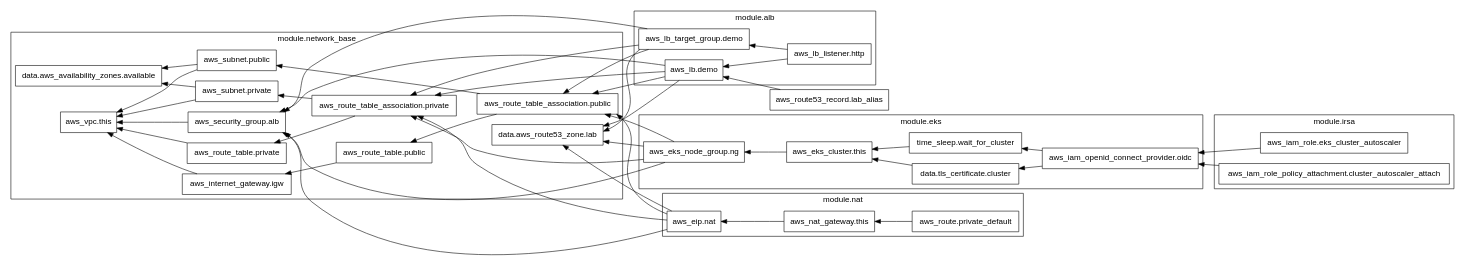
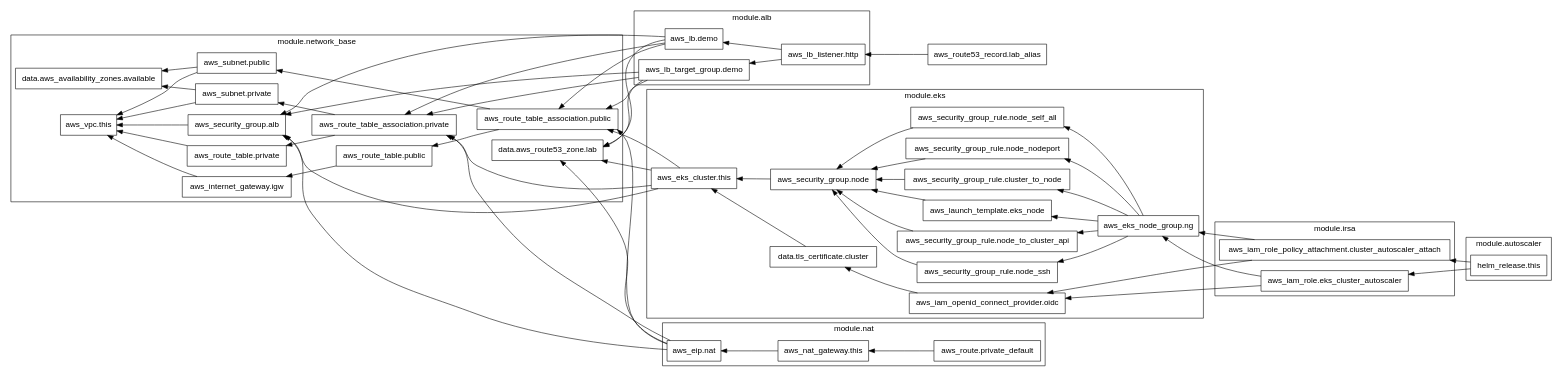
Before and after one commit to RendaZhang/renda-cloud-lab: the diagram in diagrams/terraform-architecture.dot, drawn with Graphviz. The commit also changed 2 other files, not shown here.

Commit message:
Update infrastructure diagrams

```diff
--- a/diagrams/terraform-architecture.dot
+++ b/diagrams/terraform-architecture.dot
@@ -1,89 +1,114 @@
 digraph G {
   rankdir = "RL";
   node [shape = rect, fontname = "sans-serif"];
   "aws_route53_record.lab_alias" [label="aws_route53_record.lab_alias"];
   subgraph "cluster_module.alb" {
     label = "module.alb"
     fontname = "sans-serif"
     "module.alb.aws_lb.demo" [label="aws_lb.demo"];
     "module.alb.aws_lb_listener.http" [label="aws_lb_listener.http"];
     "module.alb.aws_lb_target_group.demo" [label="aws_lb_target_group.demo"];
   }
+  subgraph "cluster_module.autoscaler" {
+    label = "module.autoscaler"
+    fontname = "sans-serif"
+    "module.autoscaler.helm_release.this" [label="helm_release.this"];
+  }
   subgraph "cluster_module.eks" {
     label = "module.eks"
     fontname = "sans-serif"
     "module.eks.data.tls_certificate.cluster" [label="data.tls_certificate.cluster"];
     "module.eks.aws_eks_cluster.this" [label="aws_eks_cluster.this"];
     "module.eks.aws_eks_node_group.ng" [label="aws_eks_node_group.ng"];
     "module.eks.aws_iam_openid_connect_provider.oidc" [label="aws_iam_openid_connect_provider.oidc"];
-    "module.eks.time_sleep.wait_for_cluster" [label="time_sleep.wait_for_cluster"];
+    "module.eks.aws_launch_template.eks_node" [label="aws_launch_template.eks_node"];
+    "module.eks.aws_security_group.node" [label="aws_security_group.node"];
+    "module.eks.aws_security_group_rule.cluster_to_node" [label="aws_security_group_rule.cluster_to_node"];
+    "module.eks.aws_security_group_rule.node_nodeport" [label="aws_security_group_rule.node_nodeport"];
+    "module.eks.aws_security_group_rule.node_self_all" [label="aws_security_group_rule.node_self_all"];
+    "module.eks.aws_security_group_rule.node_ssh" [label="aws_security_group_rule.node_ssh"];
+    "module.eks.aws_security_group_rule.node_to_cluster_api" [label="aws_security_group_rule.node_to_cluster_api"];
   }
   subgraph "cluster_module.irsa" {
     label = "module.irsa"
     fontname = "sans-serif"
     "module.irsa.aws_iam_role.eks_cluster_autoscaler" [label="aws_iam_role.eks_cluster_autoscaler"];
     "module.irsa.aws_iam_role_policy_attachment.cluster_autoscaler_attach" [label="aws_iam_role_policy_attachment.cluster_autoscaler_attach"];
   }
   subgraph "cluster_module.nat" {
     label = "module.nat"
     fontname = "sans-serif"
     "module.nat.aws_eip.nat" [label="aws_eip.nat"];
     "module.nat.aws_nat_gateway.this" [label="aws_nat_gateway.this"];
     "module.nat.aws_route.private_default" [label="aws_route.private_default"];
   }
   subgraph "cluster_module.network_base" {
     label = "module.network_base"
     fontname = "sans-serif"
     "module.network_base.data.aws_availability_zones.available" [label="data.aws_availability_zones.available"];
     "module.network_base.data.aws_route53_zone.lab" [label="data.aws_route53_zone.lab"];
     "module.network_base.aws_internet_gateway.igw" [label="aws_internet_gateway.igw"];
     "module.network_base.aws_route_table.private" [label="aws_route_table.private"];
     "module.network_base.aws_route_table.public" [label="aws_route_table.public"];
     "module.network_base.aws_route_table_association.private" [label="aws_route_table_association.private"];
     "module.network_base.aws_route_table_association.public" [label="aws_route_table_association.public"];
     "module.network_base.aws_security_group.alb" [label="aws_security_group.alb"];
     "module.network_base.aws_subnet.private" [label="aws_subnet.private"];
     "module.network_base.aws_subnet.public" [label="aws_subnet.public"];
     "module.network_base.aws_vpc.this" [label="aws_vpc.this"];
   }
-  "aws_route53_record.lab_alias" -> "module.alb.aws_lb.demo";
+  "aws_route53_record.lab_alias" -> "module.alb.aws_lb_listener.http";
   "module.alb.aws_lb.demo" -> "module.network_base.data.aws_route53_zone.lab";
   "module.alb.aws_lb.demo" -> "module.network_base.aws_route_table_association.private";
   "module.alb.aws_lb.demo" -> "module.network_base.aws_route_table_association.public";
   "module.alb.aws_lb.demo" -> "module.network_base.aws_security_group.alb";
   "module.alb.aws_lb_listener.http" -> "module.alb.aws_lb.demo";
   "module.alb.aws_lb_listener.http" -> "module.alb.aws_lb_target_group.demo";
   "module.alb.aws_lb_target_group.demo" -> "module.network_base.data.aws_route53_zone.lab";
   "module.alb.aws_lb_target_group.demo" -> "module.network_base.aws_route_table_association.private";
   "module.alb.aws_lb_target_group.demo" -> "module.network_base.aws_route_table_association.public";
   "module.alb.aws_lb_target_group.demo" -> "module.network_base.aws_security_group.alb";
+  "module.autoscaler.helm_release.this" -> "module.irsa.aws_iam_role.eks_cluster_autoscaler";
+  "module.autoscaler.helm_release.this" -> "module.irsa.aws_iam_role_policy_attachment.cluster_autoscaler_attach";
   "module.eks.data.tls_certificate.cluster" -> "module.eks.aws_eks_cluster.this";
-  "module.eks.aws_eks_cluster.this" -> "module.eks.aws_eks_node_group.ng";
-  "module.eks.aws_eks_node_group.ng" -> "module.network_base.data.aws_route53_zone.lab";
-  "module.eks.aws_eks_node_group.ng" -> "module.network_base.aws_route_table_association.private";
-  "module.eks.aws_eks_node_group.ng" -> "module.network_base.aws_route_table_association.public";
-  "module.eks.aws_eks_node_group.ng" -> "module.network_base.aws_security_group.alb";
+  "module.eks.aws_eks_cluster.this" -> "module.network_base.data.aws_route53_zone.lab";
+  "module.eks.aws_eks_cluster.this" -> "module.network_base.aws_route_table_association.private";
+  "module.eks.aws_eks_cluster.this" -> "module.network_base.aws_route_table_association.public";
+  "module.eks.aws_eks_cluster.this" -> "module.network_base.aws_security_group.alb";
+  "module.eks.aws_eks_node_group.ng" -> "module.eks.aws_launch_template.eks_node";
+  "module.eks.aws_eks_node_group.ng" -> "module.eks.aws_security_group_rule.cluster_to_node";
+  "module.eks.aws_eks_node_group.ng" -> "module.eks.aws_security_group_rule.node_nodeport";
+  "module.eks.aws_eks_node_group.ng" -> "module.eks.aws_security_group_rule.node_self_all";
+  "module.eks.aws_eks_node_group.ng" -> "module.eks.aws_security_group_rule.node_ssh";
+  "module.eks.aws_eks_node_group.ng" -> "module.eks.aws_security_group_rule.node_to_cluster_api";
   "module.eks.aws_iam_openid_connect_provider.oidc" -> "module.eks.data.tls_certificate.cluster";
-  "module.eks.aws_iam_openid_connect_provider.oidc" -> "module.eks.time_sleep.wait_for_cluster";
-  "module.eks.time_sleep.wait_for_cluster" -> "module.eks.aws_eks_cluster.this";
+  "module.eks.aws_launch_template.eks_node" -> "module.eks.aws_security_group.node";
+  "module.eks.aws_security_group.node" -> "module.eks.aws_eks_cluster.this";
+  "module.eks.aws_security_group_rule.cluster_to_node" -> "module.eks.aws_security_group.node";
+  "module.eks.aws_security_group_rule.node_nodeport" -> "module.eks.aws_security_group.node";
+  "module.eks.aws_security_group_rule.node_self_all" -> "module.eks.aws_security_group.node";
+  "module.eks.aws_security_group_rule.node_ssh" -> "module.eks.aws_security_group.node";
+  "module.eks.aws_security_group_rule.node_to_cluster_api" -> "module.eks.aws_security_group.node";
+  "module.irsa.aws_iam_role.eks_cluster_autoscaler" -> "module.eks.aws_eks_node_group.ng";
   "module.irsa.aws_iam_role.eks_cluster_autoscaler" -> "module.eks.aws_iam_openid_connect_provider.oidc";
+  "module.irsa.aws_iam_role_policy_attachment.cluster_autoscaler_attach" -> "module.eks.aws_eks_node_group.ng";
   "module.irsa.aws_iam_role_policy_attachment.cluster_autoscaler_attach" -> "module.eks.aws_iam_openid_connect_provider.oidc";
   "module.nat.aws_eip.nat" -> "module.network_base.data.aws_route53_zone.lab";
   "module.nat.aws_eip.nat" -> "module.network_base.aws_route_table_association.private";
   "module.nat.aws_eip.nat" -> "module.network_base.aws_route_table_association.public";
   "module.nat.aws_eip.nat" -> "module.network_base.aws_security_group.alb";
   "module.nat.aws_nat_gateway.this" -> "module.nat.aws_eip.nat";
   "module.nat.aws_route.private_default" -> "module.nat.aws_nat_gateway.this";
   "module.network_base.aws_internet_gateway.igw" -> "module.network_base.aws_vpc.this";
   "module.network_base.aws_route_table.private" -> "module.network_base.aws_vpc.this";
   "module.network_base.aws_route_table.public" -> "module.network_base.aws_internet_gateway.igw";
   "module.network_base.aws_route_table_association.private" -> "module.network_base.aws_route_table.private";
   "module.network_base.aws_route_table_association.private" -> "module.network_base.aws_subnet.private";
   "module.network_base.aws_route_table_association.public" -> "module.network_base.aws_route_table.public";
   "module.network_base.aws_route_table_association.public" -> "module.network_base.aws_subnet.public";
   "module.network_base.aws_security_group.alb" -> "module.network_base.aws_vpc.this";
   "module.network_base.aws_subnet.private" -> "module.network_base.data.aws_availability_zones.available";
   "module.network_base.aws_subnet.private" -> "module.network_base.aws_vpc.this";
   "module.network_base.aws_subnet.public" -> "module.network_base.data.aws_availability_zones.available";
   "module.network_base.aws_subnet.public" -> "module.network_base.aws_vpc.this";
 }
```
